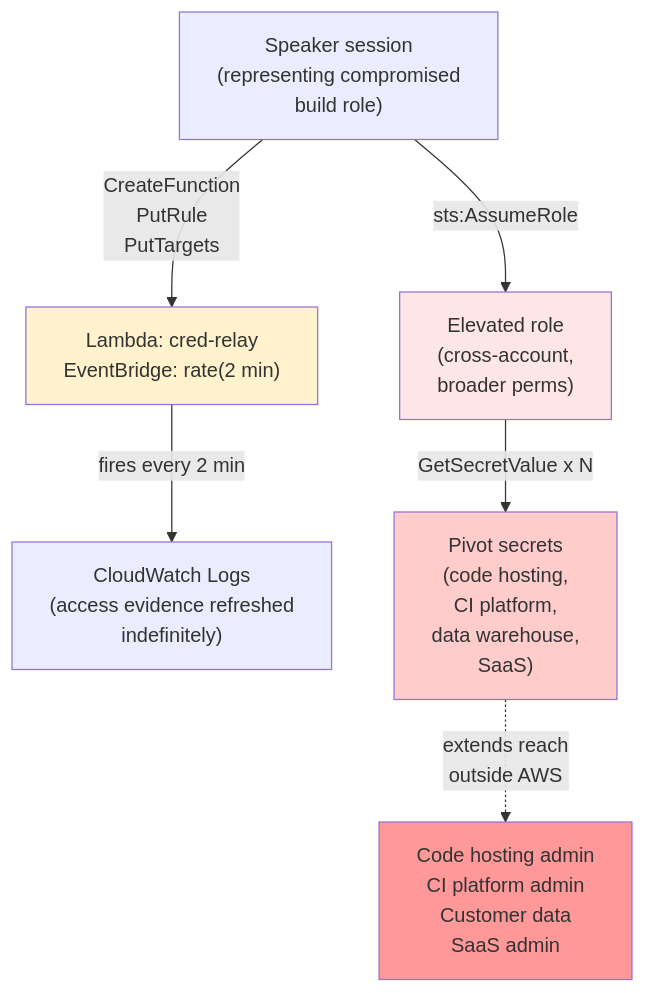
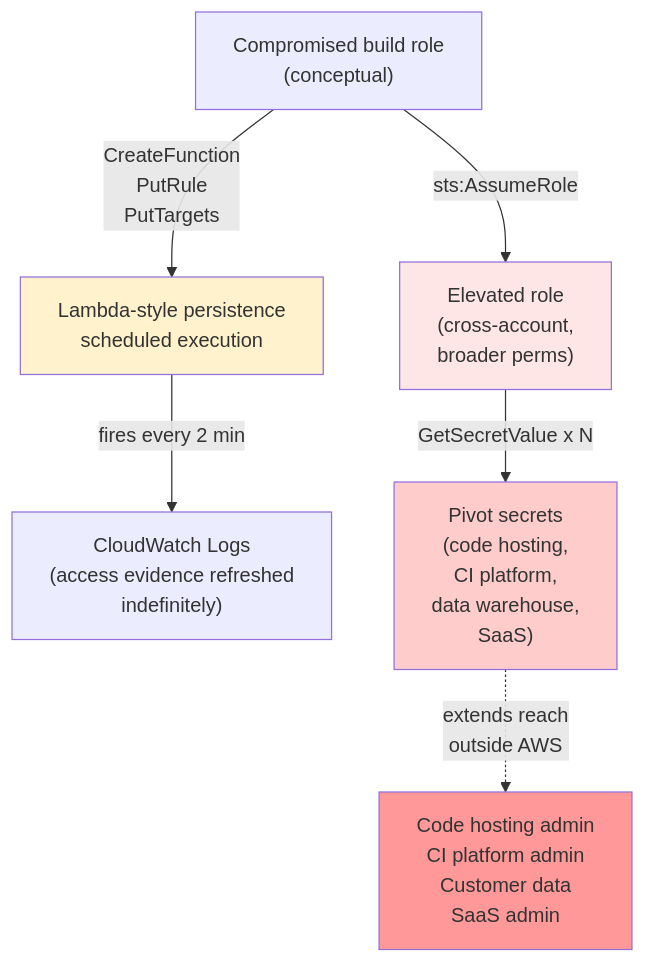
The second of 3 diagrams in handout/architecture.md (x90skysn3k/rtv-cicd-attack-chain), drawn with Mermaid before and after one commit. The commit also changed other lines of this file and 36 other files, not shown here.

````diff
--- a/handout/architecture.md
+++ b/handout/architecture.md
@@ -35,13 +35,13 @@
 ```mermaid
 flowchart TD
-    A["Speaker session<br/>(representing compromised<br/>build role)"] -->|"CreateFunction<br/>PutRule<br/>PutTargets"| B["Lambda: cred-relay<br/>EventBridge: rate(2 min)"]
+    A["Compromised build role<br/>(conceptual)"] -->|"CreateFunction<br/>PutRule<br/>PutTargets"| B["Lambda-style persistence<br/>scheduled execution"]
     B -->|"fires every 2 min"| C["CloudWatch Logs<br/>(access evidence refreshed<br/>indefinitely)"]
     A -->|"sts:AssumeRole"| D["Elevated role<br/>(cross-account,<br/>broader perms)"]
     D -->|"GetSecretValue x N"| E["Pivot secrets<br/>(code hosting,<br/>CI platform,<br/>data warehouse,<br/>SaaS)"]
     E -.->|"extends reach<br/>outside AWS"| F["Code hosting admin<br/>CI platform admin<br/>Customer data<br/>SaaS admin"]
 
     style B fill:#fff2cc
     style D fill:#ffe6e6
     style E fill:#ffcccc
     style F fill:#ff9999
 ```
````
